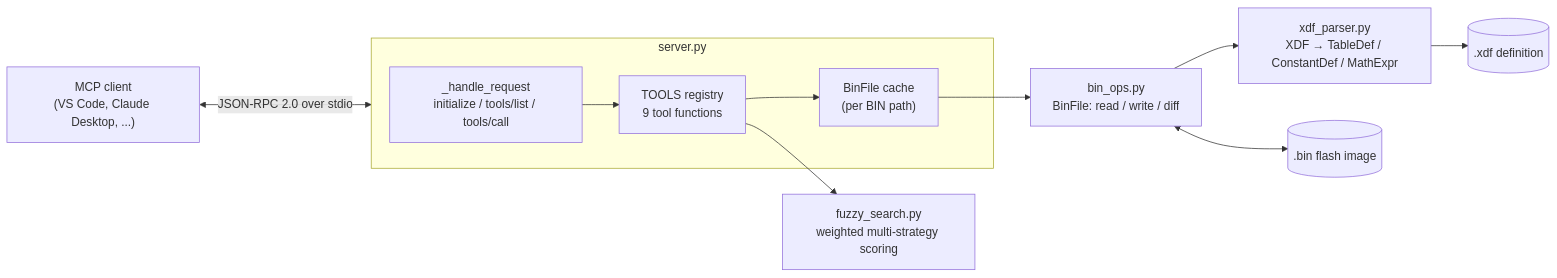
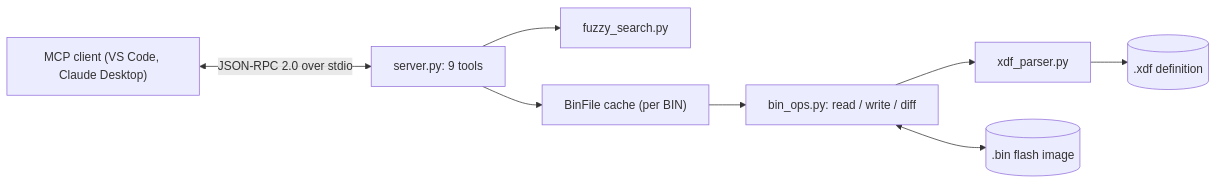
The diagram in README.md (u759/simos-mcp), drawn with Mermaid before and after one commit. The commit also changed other lines of this file, not shown here.

````diff
--- a/README.md
+++ b/README.md
@@ -32,15 +19,10 @@
 ```mermaid
 flowchart LR
-    Client["MCP client<br/>(VS Code, Claude Desktop, ...)"] <-->|"JSON-RPC 2.0 over stdio"| Server
-
-    subgraph Server["server.py"]
-        Disp["_handle_request<br/>initialize / tools/list / tools/call"] --> Tools["TOOLS registry<br/>9 tool functions"]
-        Tools --> Cache["BinFile cache<br/>(per BIN path)"]
-    end
-
-    Tools --> Fuzzy["fuzzy_search.py<br/>weighted multi-strategy scoring"]
-    Cache --> Bin["bin_ops.py<br/>BinFile: read / write / diff"]
-    Bin --> Xdf["xdf_parser.py<br/>XDF → TableDef / ConstantDef / MathExpr"]
+    Client["MCP client (VS Code, Claude Desktop)"] <-->|"JSON-RPC 2.0 over stdio"| Server["server.py: 9 tools"]
+    Server --> Fuzzy["fuzzy_search.py"]
+    Server --> Cache["BinFile cache (per BIN)"]
+    Cache --> Bin["bin_ops.py: read / write / diff"]
+    Bin --> Xdf["xdf_parser.py"]
     Xdf --> XDFfile[(".xdf definition")]
     Bin <--> BINfile[(".bin flash image")]
 ```
````
